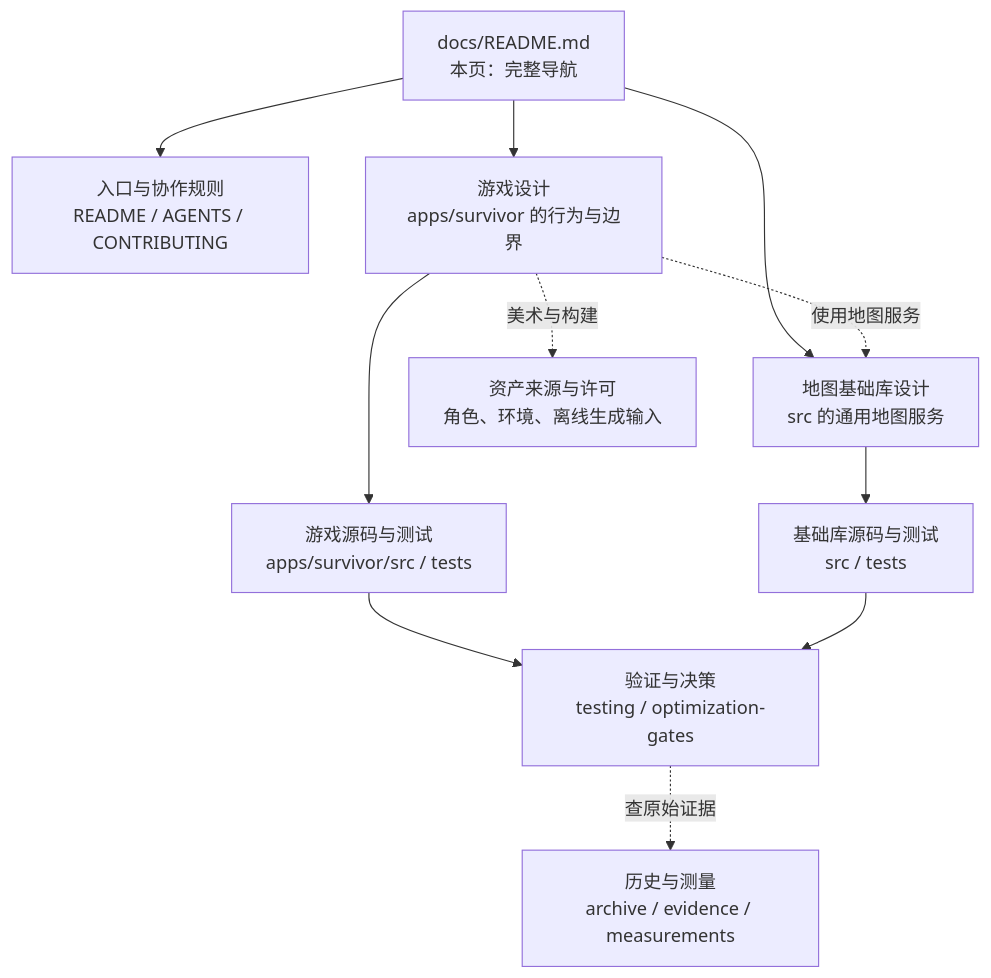
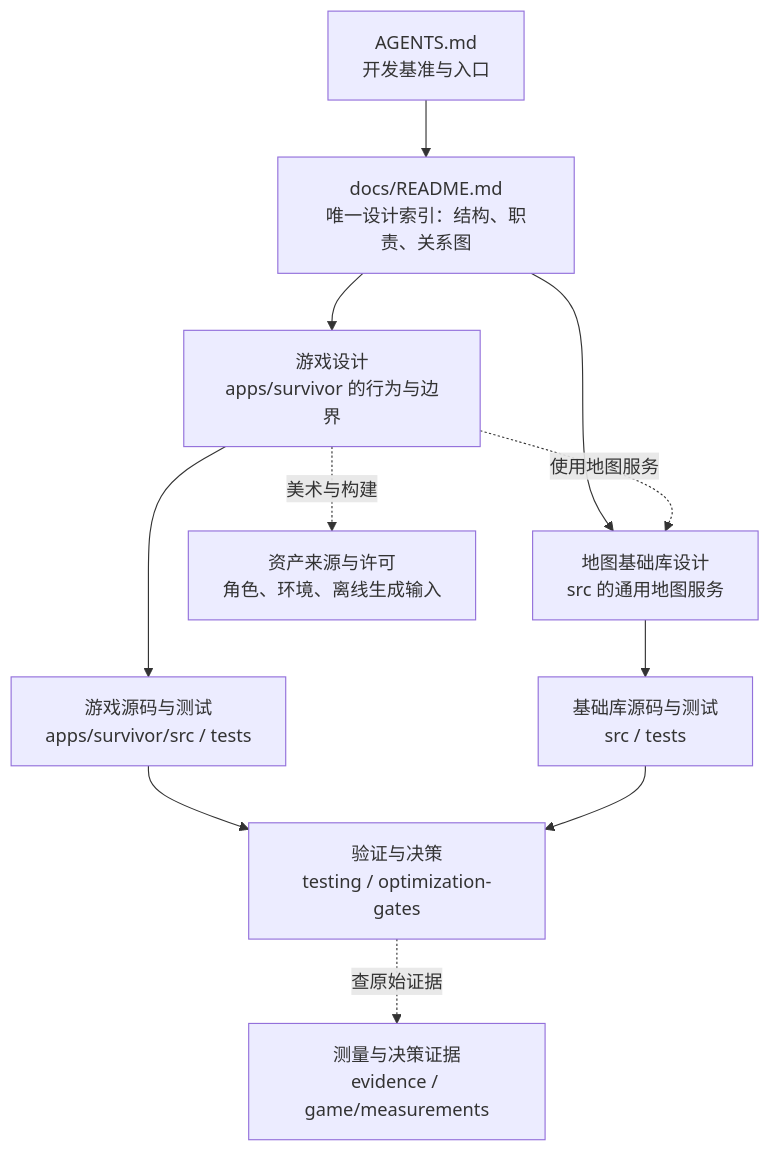
One commit to lanyik/lanyik changed the first of 3 diagrams in docs/README.md. Above: the diagram before and after it, drawn with Mermaid. The commit also changed other lines of this file and 19 other files, not shown here.

````diff
--- a/docs/README.md
+++ b/docs/README.md
@@ -15,22 +15,22 @@
 ```mermaid
 flowchart TB
-    home["docs/README.md<br/>本页：完整导航"]
-    entry["入口与协作规则<br/>README / AGENTS / CONTRIBUTING"]
+    agent["AGENTS.md<br/>开发基准与入口"]
+    home["docs/README.md<br/>唯一设计索引：结构、职责、关系图"]
     game["游戏设计<br/>apps/survivor 的行为与边界"]
     foundation["地图基础库设计<br/>src 的通用地图服务"]
     gameCode["游戏源码与测试<br/>apps/survivor/src / tests"]
     libCode["基础库源码与测试<br/>src / tests"]
     verify["验证与决策<br/>testing / optimization-gates"]
-    history["历史与测量<br/>archive / evidence / measurements"]
+    history["测量与决策证据<br/>evidence / game/measurements"]
     assets["资产来源与许可<br/>角色、环境、离线生成输入"]
-    home --> entry
+    agent --> home
     home --> game
     home --> foundation
     game --> gameCode
     foundation --> libCode
     gameCode --> verify
     libCode --> verify
     game -. 使用地图服务 .-> foundation
     verify -. 查原始证据 .-> history
     game -. 美术与构建 .-> assets
 ```
````
